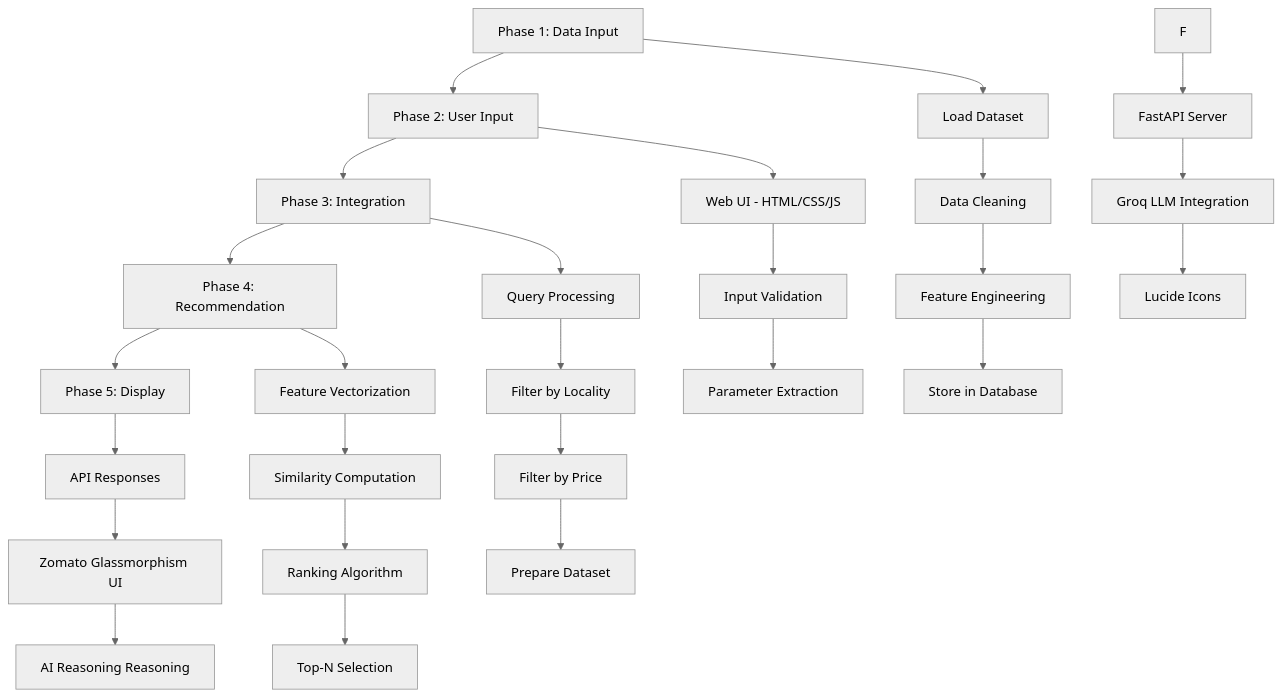
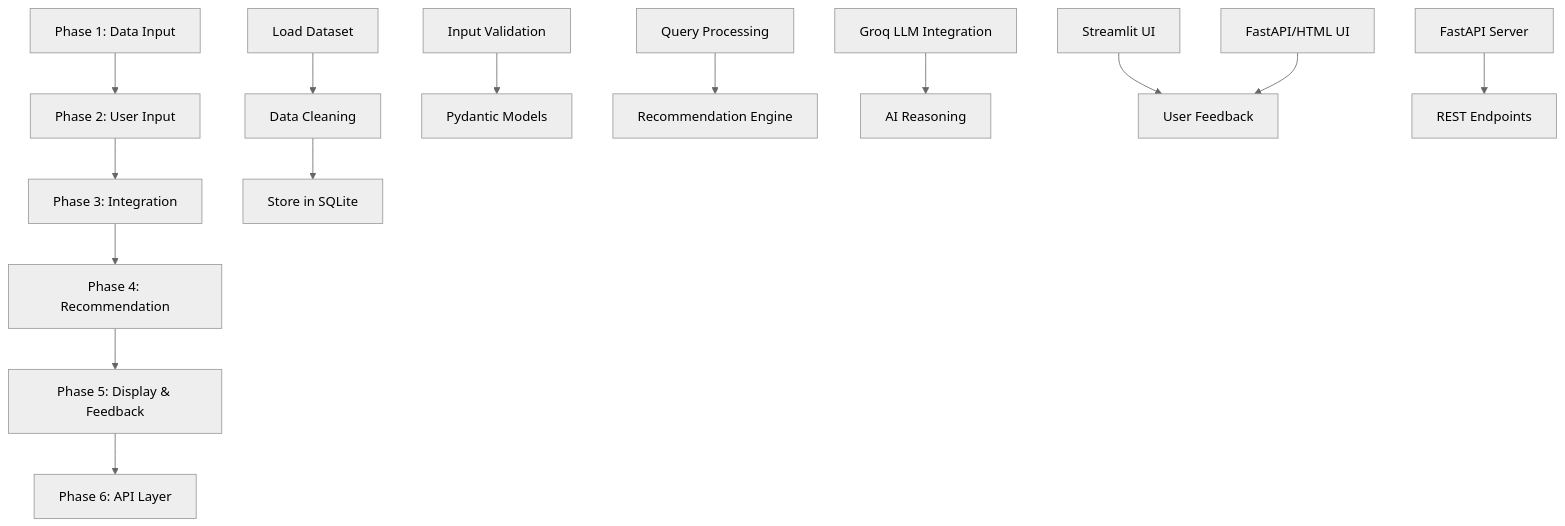
One commit to settilekhya-dotcom/zomato-recomendations-prototype changed the diagram in architecture.md. Above: the diagram before and after it, drawn with Mermaid (neutral theme). The commit also changed other lines of this file and 3 other files, not shown here.

````diff
--- a/architecture.md
+++ b/architecture.md
@@ -22,35 +22,22 @@
 ```mermaid
 graph TD
     A[Phase 1: Data Input] --> B[Phase 2: User Input]
     B --> C[Phase 3: Integration]
     C --> D[Phase 4: Recommendation]
-    D --> E[Phase 5: Display]
+    D --> E[Phase 5: Display & Feedback]
+    E --> F[Phase 6: API Layer]
     
     A1[Load Dataset] --> A2[Data Cleaning]
-    A2 --> A3[Feature Engineering]
-    A3 --> A4[Store in Database]
+    A2 --> A3[Store in SQLite]
     
-    B1[Web UI - HTML/CSS/JS] --> B2[Input Validation]
-    B2 --> B3[Parameter Extraction]
+    B1[Input Validation] --> B2[Pydantic Models]
     
-    C1[Query Processing] --> C2[Filter by Locality]
-    C2 --> C3[Filter by Price]
-    C3 --> C4[Prepare Dataset]
+    C1[Query Processing] --> C2[Recommendation Engine]
     
-    D1[Feature Vectorization] --> D2[Similarity Computation]
-    D2 --> D3[Ranking Algorithm]
-    D3 --> D4[Top-N Selection]
+    D1[Groq LLM Integration] --> D2[AI Reasoning]
     
-    E1[API Responses] --> E2[Zomato Glassmorphism UI]
-    E2 --> E3[AI Reasoning Reasoning]
+    E1[Streamlit UI] --> E3[User Feedback]
+    E2[FastAPI/HTML UI] --> E3
     
-    F1[FastAPI Server] --> F2[Groq LLM Integration]
-    F2 --> F3[Lucide Icons]
-    
-    A --> A1
-    B --> B1
-    C --> C1
-    D --> D1
-    E --> E1
-    F --> F1
+    F1[FastAPI Server] --> F2[REST Endpoints]
 ```
````
